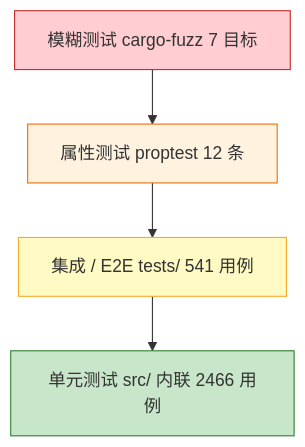
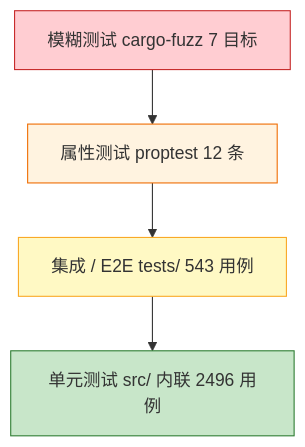
The diagram in docs/TEST_SCENARIOS.md (Kirky-X/calnexus), drawn with Mermaid before and after one commit. The commit also changed other lines of this file and 18 other files, not shown here.

````diff
--- a/docs/TEST_SCENARIOS.md
+++ b/docs/TEST_SCENARIOS.md
@@ -78,11 +78,11 @@
 ```mermaid
 graph TD
     A[模糊测试 cargo-fuzz 7 目标] --> B[属性测试 proptest 12 条]
-    B --> C[集成 / E2E tests/ 541 用例]
-    C --> D[单元测试 src/ 内联 2466 用例]
+    B --> C[集成 / E2E tests/ 543 用例]
+    C --> D[单元测试 src/ 内联 2496 用例]
 
     style A fill:#ffcdd2,stroke:#c62828
     style B fill:#fff3e0,stroke:#ef6c00
     style C fill:#fff9c4,stroke:#f9a825
     style D fill:#c8e6c9,stroke:#2e7d32
 ```
````
